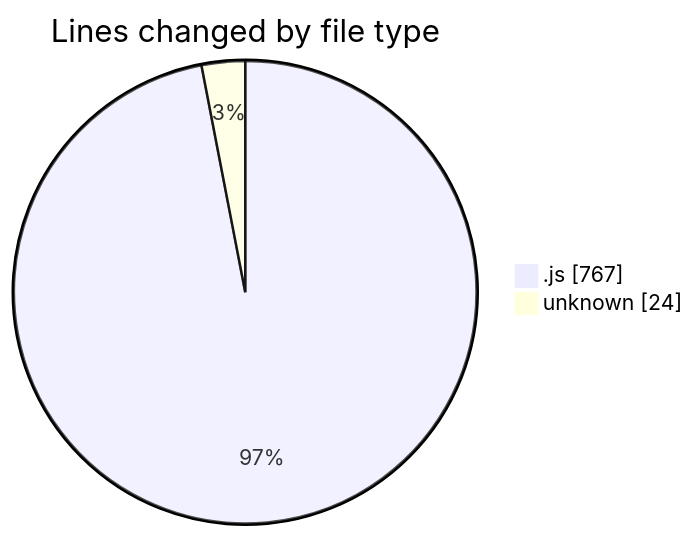
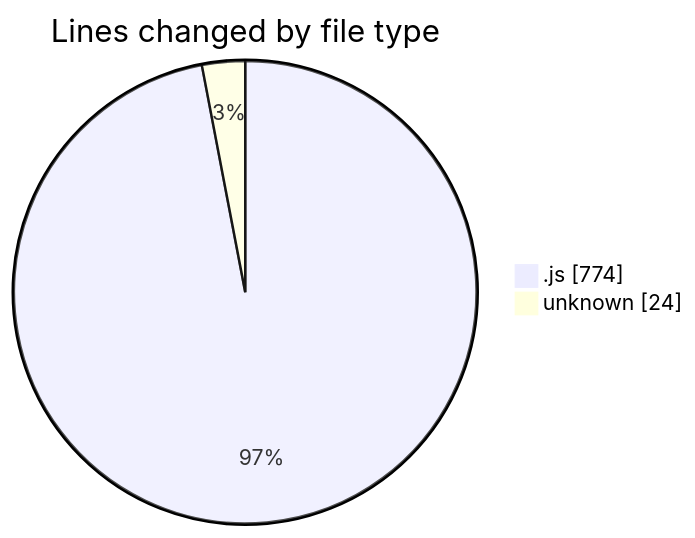
One commit to momahboobian/code-tracking changed the first of 2 diagrams in 2025-02-03/cda/README.md. Above: the diagram before and after it, drawn with Mermaid. The commit also changed other lines of this file and 1 other file, not shown here.

````diff
--- a/2025-02-03/cda/README.md
+++ b/2025-02-03/cda/README.md
@@ -24,6 +24,6 @@
 ```mermaid
 pie showData
 title Lines changed by file type
-".js" : 767
+".js" : 774
 "unknown" : 24
 ```
````
